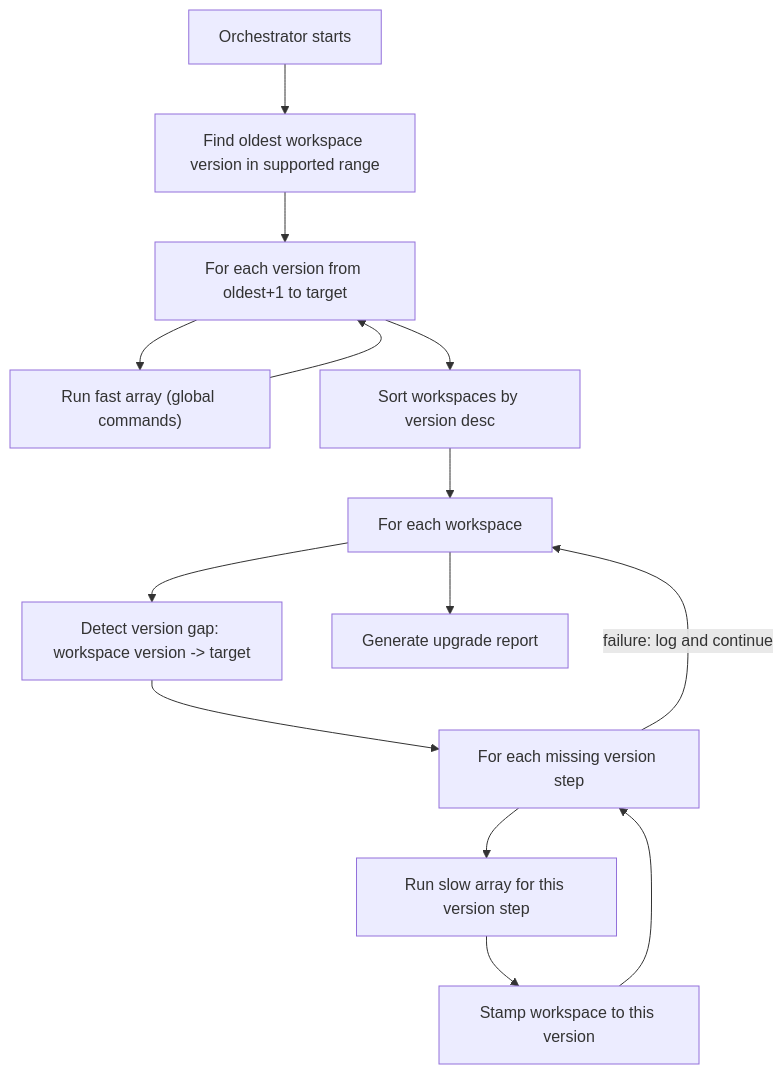
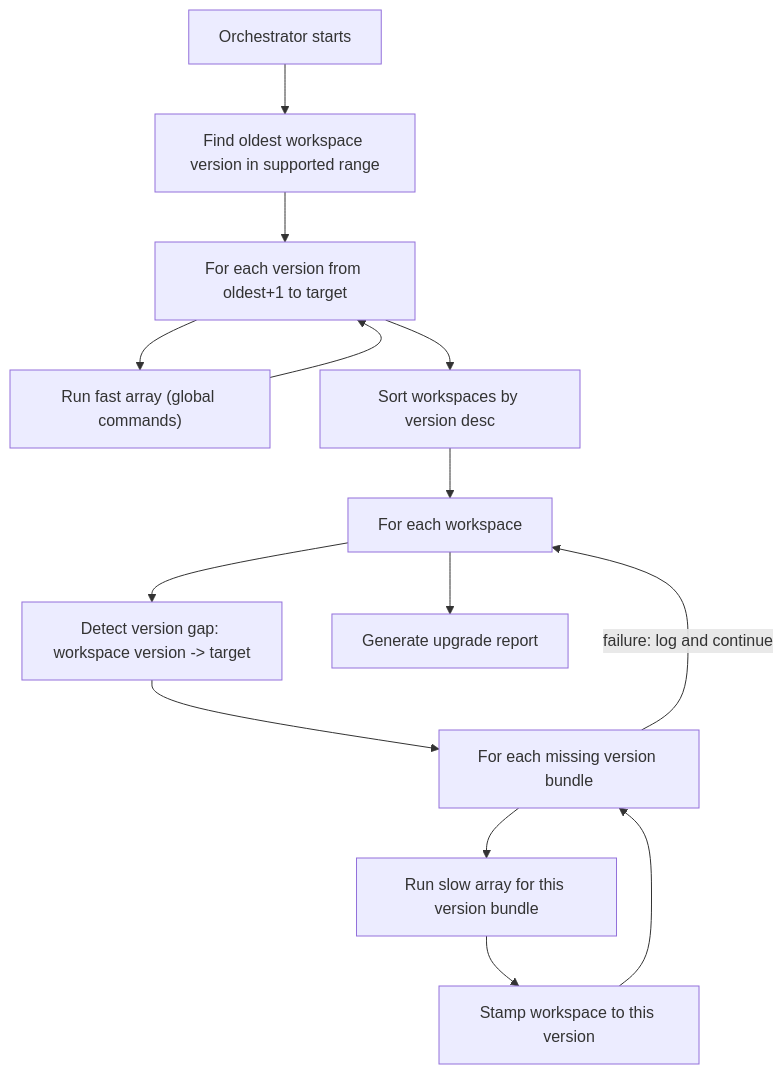
One commit to devorb1t/twenty changed the second of 2 diagrams in docs/upgrade-experience-v2.md. Above: the diagram before and after it, drawn with Mermaid. The commit also changed other lines of this file, not shown here.

Commit message:
bundle and steps

````diff
--- a/docs/upgrade-experience-v2.md
+++ b/docs/upgrade-experience-v2.md
@@ -227,16 +232,16 @@
 ```mermaid
 flowchart TD
   Start["Orchestrator starts"] --> FindOldest["Find oldest workspace version in supported range"]
   FindOldest --> FastLoop["For each version from oldest+1 to target"]
   FastLoop --> RunFast["Run fast array (global commands)"]
   RunFast --> FastLoop
   FastLoop --> SortWs["Sort workspaces by version desc"]
   SortWs --> WsLoop["For each workspace"]
   WsLoop --> DetectGap["Detect version gap: workspace version -> target"]
-  DetectGap --> VersionStepLoop["For each missing version step"]
-  VersionStepLoop --> RunSlow["Run slow array for this version step"]
+  DetectGap --> VersionBundleLoop["For each missing version bundle"]
+  VersionBundleLoop --> RunSlow["Run slow array for this version bundle"]
   RunSlow --> StampVersion["Stamp workspace to this version"]
-  StampVersion --> VersionStepLoop
-  VersionStepLoop -->|"failure: log and continue"| WsLoop
+  StampVersion --> VersionBundleLoop
+  VersionBundleLoop -->|"failure: log and continue"| WsLoop
   WsLoop --> Report["Generate upgrade report"]
 ```
````
